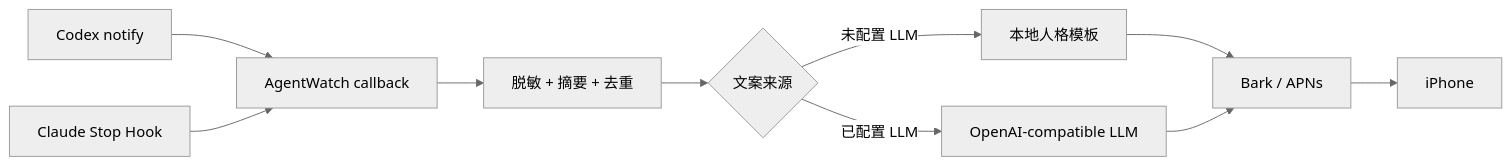
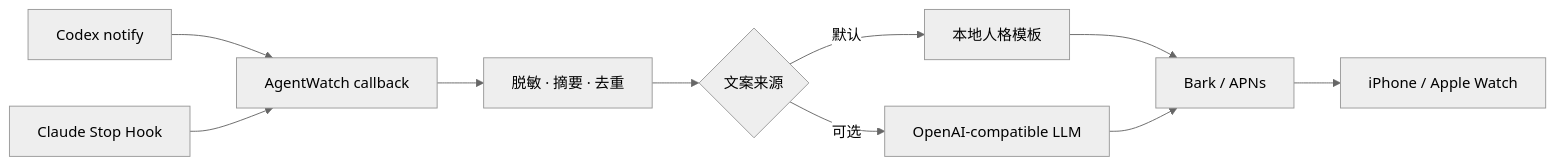
One commit to MMX-boop/agentwatch-hub changed the diagram in README.md. Above: the diagram before and after it, drawn with Mermaid (neutral theme). The commit also changed other lines of this file and 3 other files, not shown here.

````diff
--- a/README.md
+++ b/README.md
@@ -48,12 +74,12 @@
 ```mermaid
 flowchart LR
     A[Codex notify] --> N[AgentWatch callback]
     B[Claude Stop Hook] --> N
-    N --> S[脱敏 + 摘要 + 去重]
+    N --> S[脱敏 · 摘要 · 去重]
     S --> P{文案来源}
-    P -->|未配置 LLM| T[本地人格模板]
-    P -->|已配置 LLM| L[OpenAI-compatible LLM]
+    P -->|默认| T[本地人格模板]
+    P -->|可选| L[OpenAI-compatible LLM]
     T --> K[Bark / APNs]
     L --> K
-    K --> I[iPhone]
+    K --> I[iPhone / Apple Watch]
 ```
````
